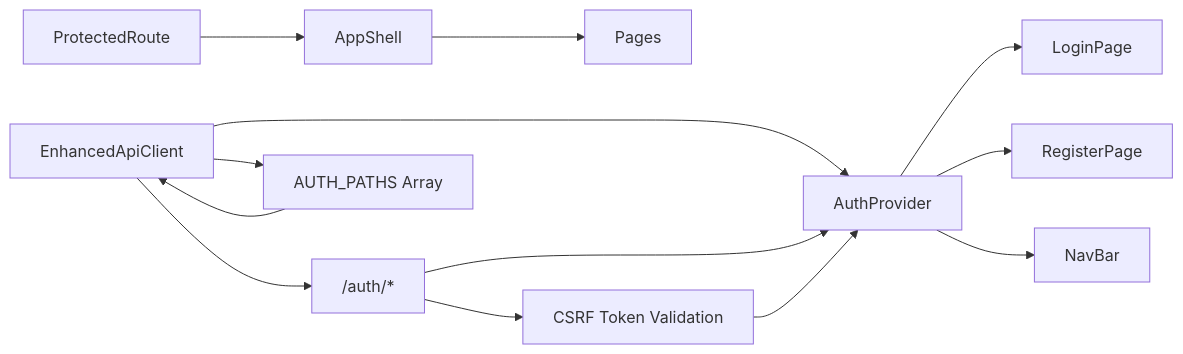
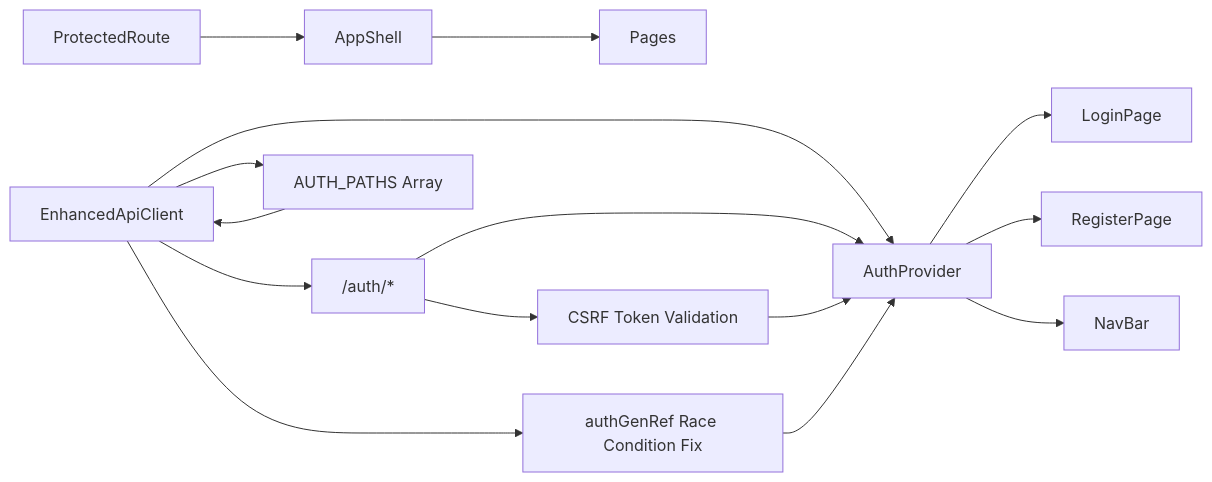
Diagram 11 of 11 in .qoder/repowiki/en/content/Authentication & Authorization/Frontend Authentication Context.md (Revanththetalogics/aireume), drawn with Mermaid before and after one commit. The commit also changed other lines of this file and 27 other files, not shown here.

````diff
--- a/.qoder/repowiki/en/content/Authentication & Authorization/Frontend Authentication Context.md
+++ b/.qoder/repowiki/en/content/Authentication & Authorization/Frontend Authentication Context.md
@@ -462,15 +475,17 @@
 ```mermaid
 graph LR
 AuthProvider --> LoginPage
 AuthProvider --> RegisterPage
 AuthProvider --> NavBar
 ProtectedRoute --> AppShell
 AppShell --> Pages
 EnhancedApiClient --> AuthProvider
 EnhancedApiClient --> BackendAuth["/auth/*"]
 EnhancedApiClient --> AUTH_PATHS["AUTH_PATHS Array"]
+EnhancedApiClient --> RACE["authGenRef Race Condition Fix"]
 BackendAuth --> AuthProvider
 BackendAuth --> CSRF["CSRF Token Validation"]
 CSRF --> AuthProvider
 AUTH_PATHS --> EnhancedApiClient
+RACE --> AuthProvider
 ```
````
